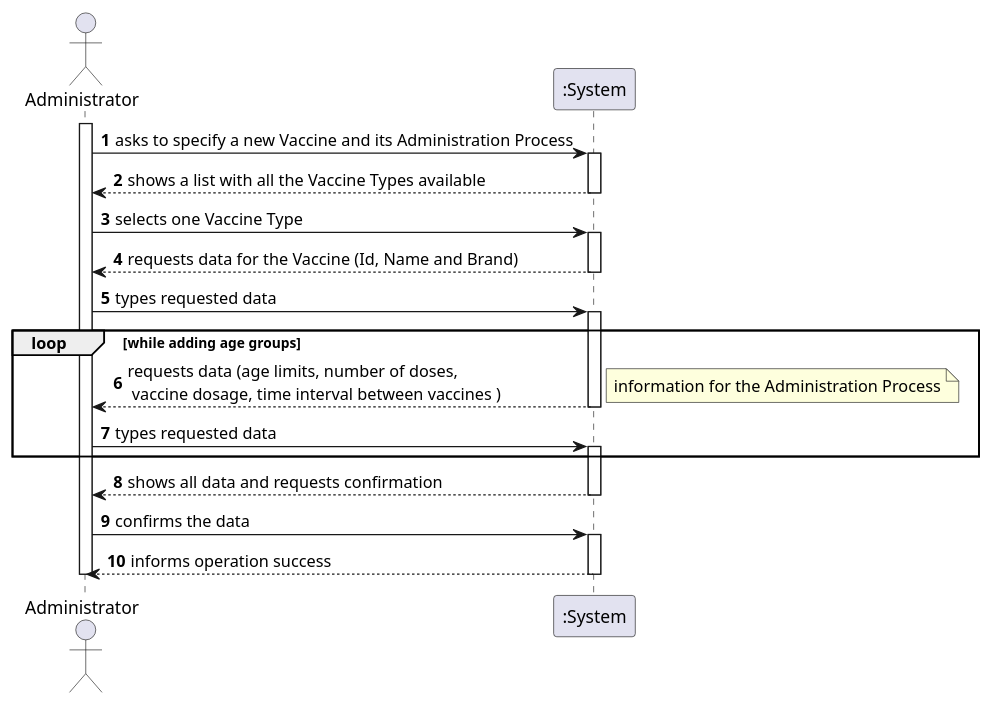
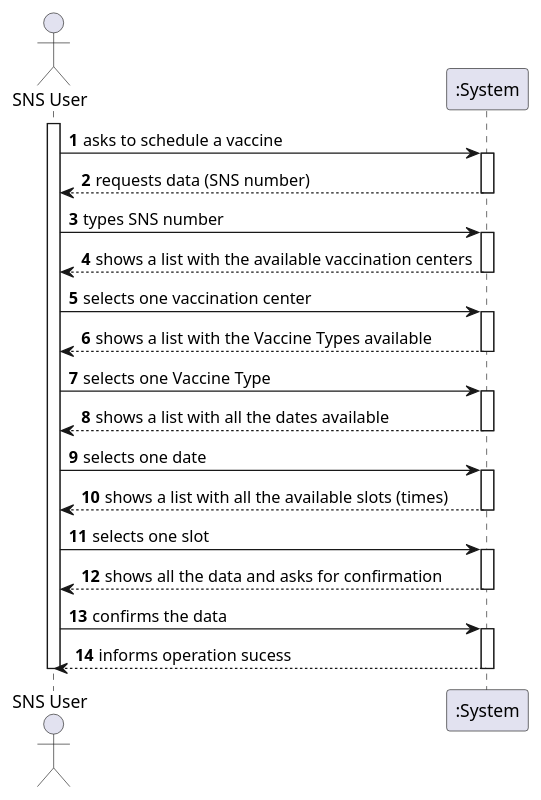
One commit to Pirussa/lei-22-s2-1da-g02 changed the diagram in docs/SprintC/US001/US001_SSD.puml. Above: the diagram before and after it, drawn with PlantUML. The commit also changed 1 other file, not shown here.

```diff
--- a/docs/SprintC/US001/US001_SSD.puml
+++ b/docs/SprintC/US001/US001_SSD.puml
@@ -1,46 +1,54 @@
 @startuml
 
 autonumber
-actor "Administrator" as A
+actor "SNS User" as U
 
-activate A
-A -> ":System" : asks to specify a new Vaccine and its Administration Process
+activate U
+U -> ":System" : asks to schedule a vaccine
 
 activate ":System"
-":System" --> A : shows a list with all the Vaccine Types available
+":System" --> U : requests data (SNS number)
 deactivate ":System"
 
-A -> ":System" : selects one Vaccine Type
+U -> ":System"  : types SNS number
 
 activate ":System"
-":System" --> A : requests data for the Vaccine (Id, Name and Brand)
+":System" --> U : shows a list with the available vaccination centers
 deactivate ":System"
-A -> ":System" : types requested data
+U -> ":System" : selects one vaccination center
 
 activate ":System"
 
-loop while adding age groups
- ":System" --> A : requests data (age limits, number of doses,\n vaccine dosage, time interval between vaccines )
+ ":System" --> U : shows a list with the Vaccine Types available
 
-note right
-information for the Administration Process
-end note
 deactivate ":System"
 
-A -> ":System" : types requested data
+U -> ":System" : selects one Vaccine Type
 activate ":System"
 
-end
-
-":System" --> A : shows all data and requests confirmation
+":System" --> U : shows a list with all the dates available
 deactivate ":System"
 
-A -> ":System" : confirms the data
+U -> ":System" : selects one date
 
 activate ":System"
-":System" --> A : informs operation success
+":System" --> U : shows a list with all the available slots (times)
 deactivate ":System"
 
-deactivate A
+U -> ":System" : selects one slot
+
+
+activate ":System"
+
+":System" --> U : shows all the data and asks for confirmation
+deactivate ":System"
+
+U -> ":System" : confirms the data
+
+activate ":System"
+":System" --> U : informs operation sucess
+
+deactivate ":System"
+deactivate U
 
 @enduml
```
